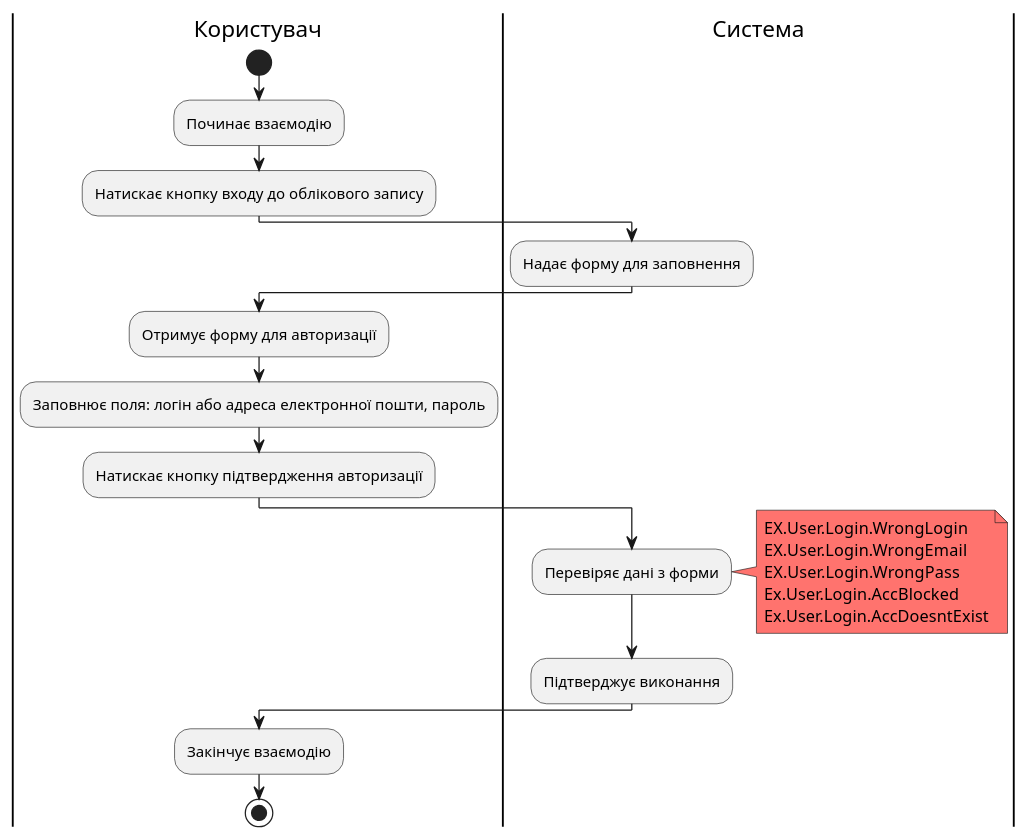
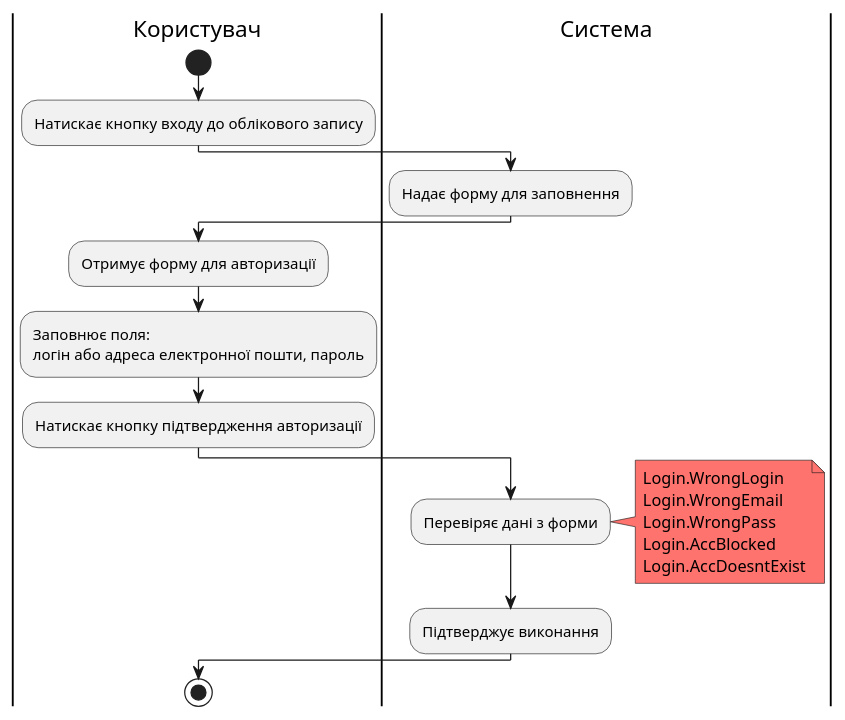
One commit to nonGratis/retarder-io-23-3 changed the sixth of 18 diagrams in docs/use cases/README.md. Above: the diagram before and after it, drawn with PlantUML. The commit also changed other lines of this file, not shown here.

Commit message:
correct User.Login in use cases

```diff
--- a/docs/use cases/README.md
+++ b/docs/use cases/README.md
@@ -165,27 +164,23 @@
 @startuml
 |Користувач|
     start
-    :Починає взаємодію;
     :Натискає кнопку входу до облікового запису;
 |Система|
     :Надає форму для заповнення;
 |Користувач|
     :Отримує форму для авторизації;
-    :Заповнює поля: логін або адреса електронної пошти, пароль;
+    :Заповнює поля:\nлогін або адреса електронної пошти, пароль;
     :Натискає кнопку підтвердження авторизації;
 |Система|
     :Перевіряє дані з форми;
         note right #FF736E
-            EX.User.Login.WrongLogin
-            EX.User.Login.WrongEmail
-            EX.User.Login.WrongPass 
-            Ex.User.Login.AccBlocked
-            Ex.User.Login.AccDoesntExist
+            Login.WrongLogin
+            Login.WrongEmail
+            Login.WrongPass
+            Login.AccBlocked
+            Login.AccDoesntExist
         end note
-
     :Підтверджує виконання;
-
 |Користувач|
-    :Закінчує взаємодію;
     stop;
 @enduml
```
